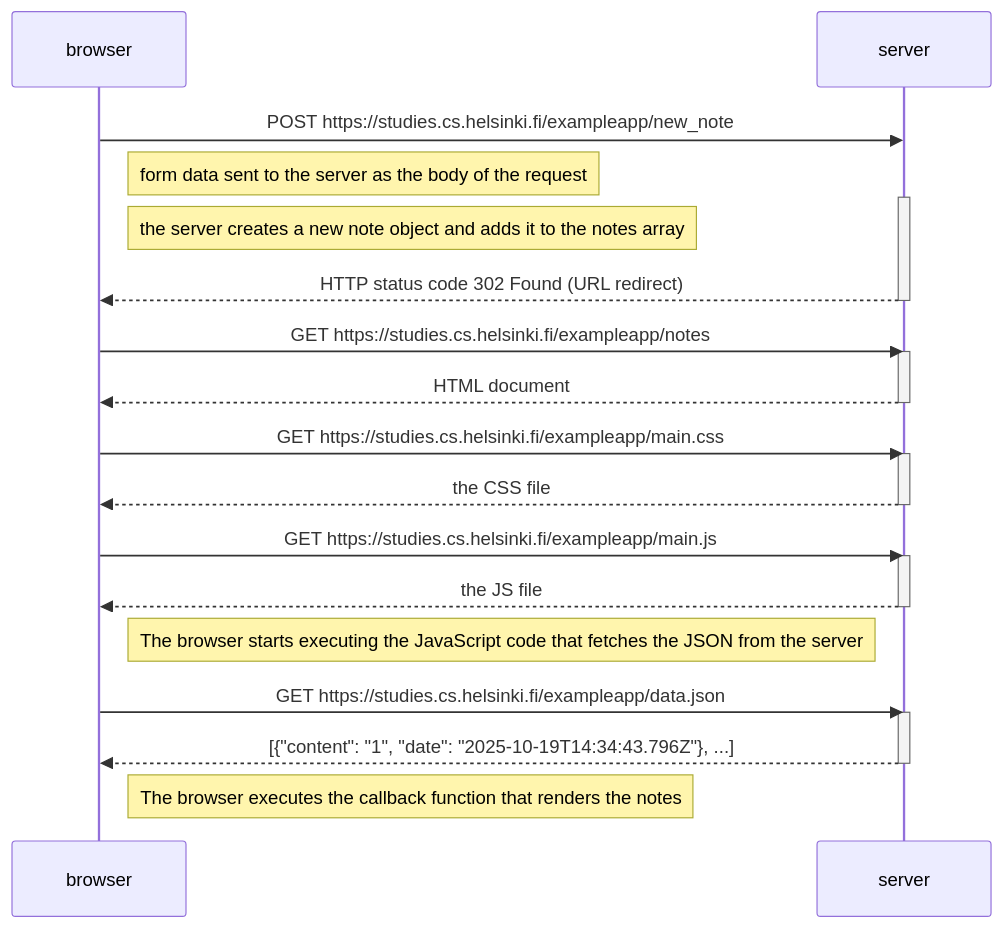
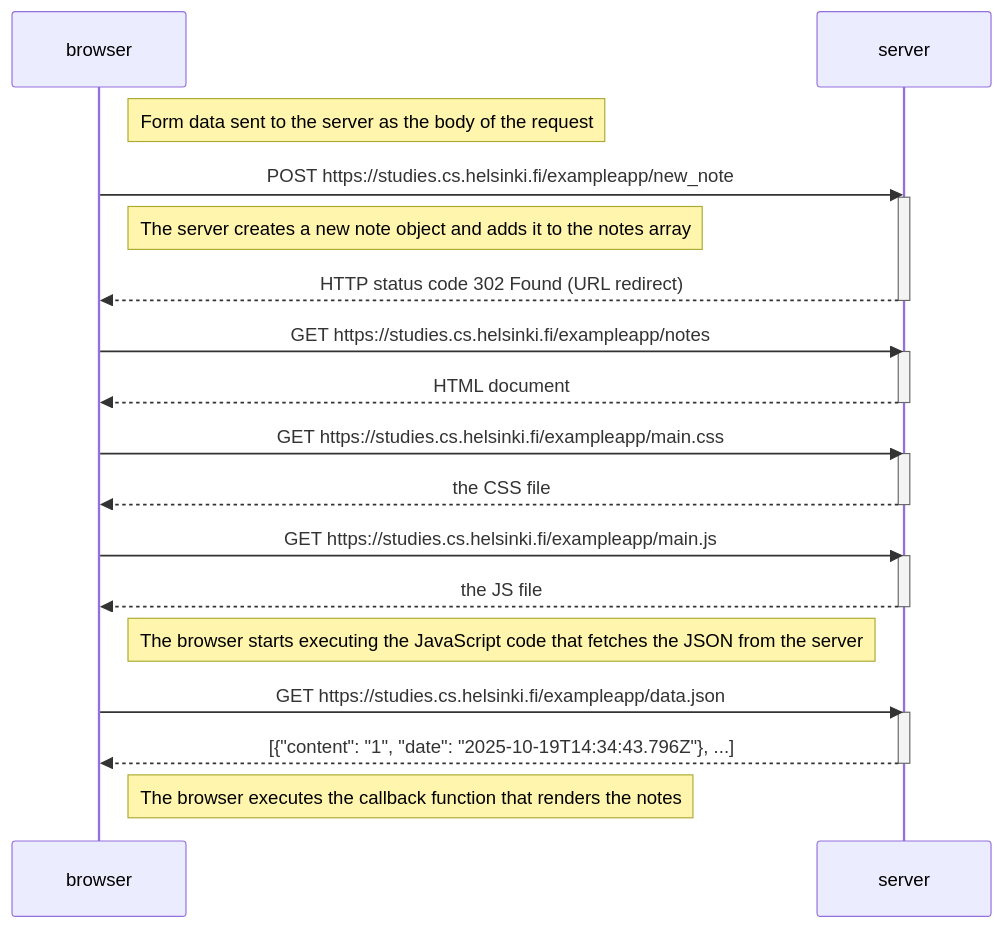
One commit to nati-friedman/part3-phonebook-backend changed the diagram in part0/new note diagram/diagram.md. Above: the diagram before and after it, drawn with Mermaid.

Commit message:
fixed typos

````diff
--- a/part0/new note diagram/diagram.md
+++ b/part0/new note diagram/diagram.md
@@ -1,36 +1,37 @@
 ```mermaid
 sequenceDiagram
     participant browser
     participant server
 
+    Note right of browser: Form data sent to the server as the body of the request
+
     browser->>server: POST https://studies.cs.helsinki.fi/exampleapp/new_note
-    Note right of browser: form data sent to the server as the body of the request
     activate server
-    Note right of browser: the server creates a new note object and adds it to the notes array
+    Note right of browser: The server creates a new note object and adds it to the notes array
     server-->>browser: HTTP status code 302 Found (URL redirect)
     deactivate server
 
     browser->>server: GET https://studies.cs.helsinki.fi/exampleapp/notes
     activate server
     server-->>browser: HTML document
     deactivate server
 
     browser->>server: GET https://studies.cs.helsinki.fi/exampleapp/main.css
     activate server
     server-->>browser: the CSS file
     deactivate server
 
     browser->>server: GET https://studies.cs.helsinki.fi/exampleapp/main.js
     activate server
     server-->>browser: the JS file
     deactivate server
 
     Note right of browser: The browser starts executing the JavaScript code that fetches the JSON from the server
 
     browser->>server: GET https://studies.cs.helsinki.fi/exampleapp/data.json
     activate server
     server-->>browser: [{"content": "1", "date": "2025-10-19T14:34:43.796Z"}, ...]
     deactivate server
 
     Note right of browser: The browser executes the callback function that renders the notes
 ```
````
